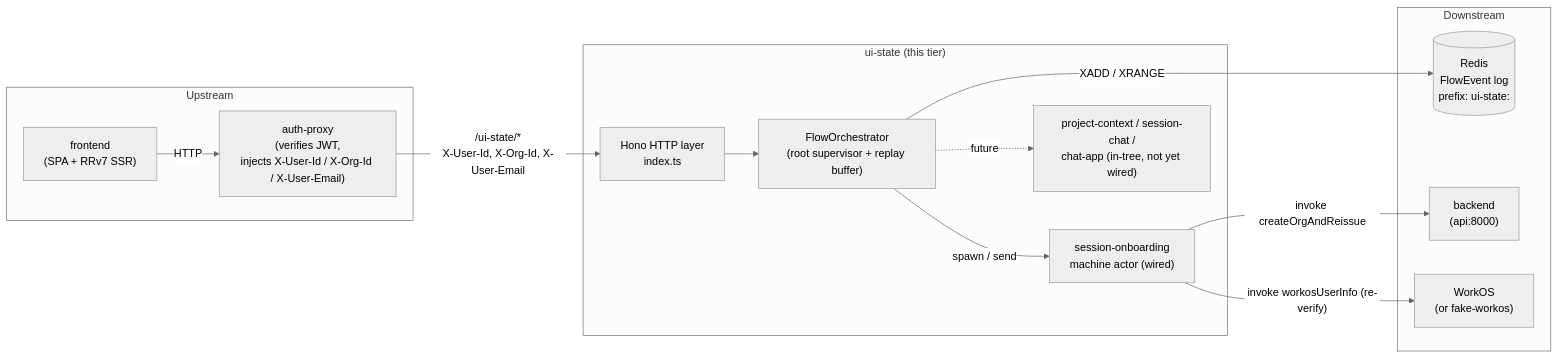
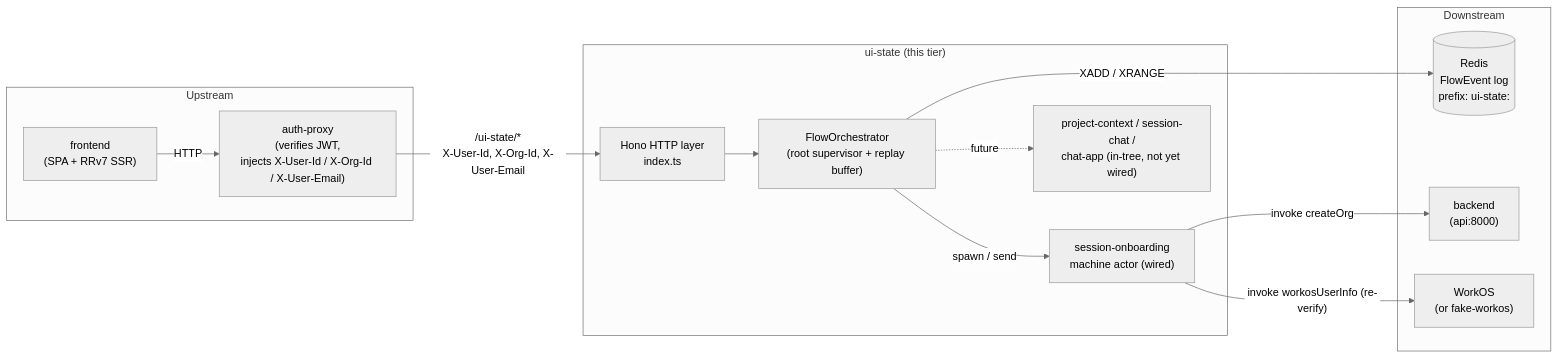
Before and after one commit to jzallen/dashboard-chat: the first of 3 diagrams in ui-state/README.md, drawn with Mermaid (neutral theme). The commit also changed other lines of this file and 18 other files, not shown here.

````diff
--- a/ui-state/README.md
+++ b/ui-state/README.md
@@ -9,30 +9,30 @@
 ```mermaid
 flowchart LR
     %% Layout: runtime upstream on the left, ui-state in the middle, persistence + downstream on the right.
     subgraph Upstream
         FE["frontend<br/>(SPA + RRv7 SSR)"]
         AP["auth-proxy<br/>(verifies JWT,<br/>injects X-User-Id / X-Org-Id / X-User-Email)"]
         FE -->|"HTTP"| AP
     end
 
     subgraph "ui-state (this tier)"
         H["Hono HTTP layer<br/>index.ts"]
         ORCH["FlowOrchestrator<br/>(root supervisor + replay buffer)"]
         M1["session-onboarding<br/>machine actor (wired)"]
         M2["project-context / session-chat /<br/>chat-app (in-tree, not yet wired)"]
         H --> ORCH
         ORCH -->|"spawn / send"| M1
         ORCH -.->|"future"| M2
     end
 
     subgraph Downstream
         R[(Redis<br/>FlowEvent log<br/>prefix: ui-state:)]
         BE["backend<br/>(api:8000)"]
         WOS["WorkOS<br/>(or fake-workos)"]
     end
 
     AP -->|"/ui-state/*<br/>X-User-Id, X-Org-Id, X-User-Email"| H
     ORCH -->|"XADD / XRANGE"| R
-    M1 -->|"invoke createOrgAndReissue"| BE
+    M1 -->|"invoke createOrg"| BE
     M1 -->|"invoke workosUserInfo (re-verify)"| WOS
 ```
````
